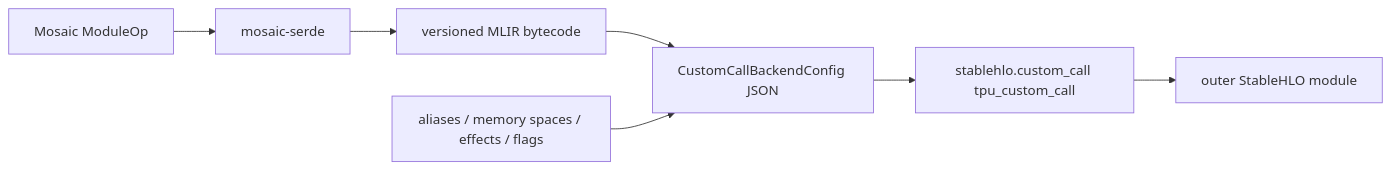
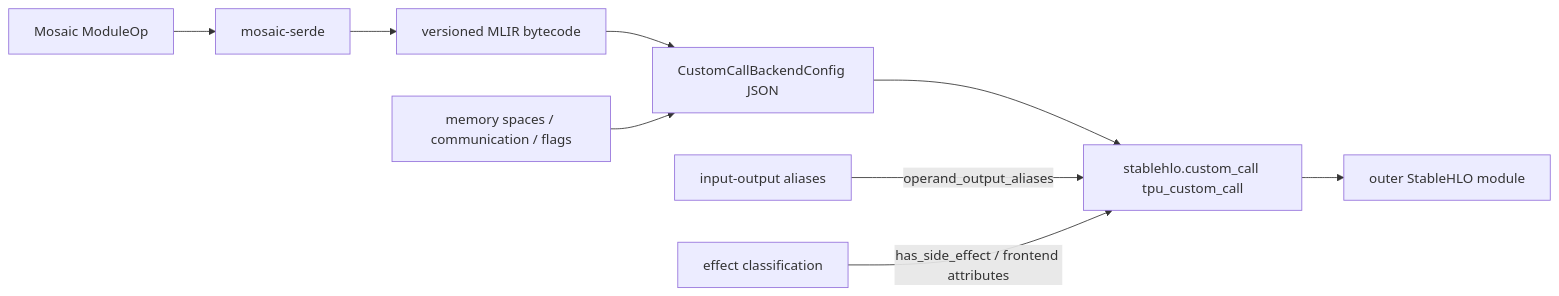
Before and after one commit to 0xaskr/jax-source-analysis: the second of 2 diagrams in docs/architecture/02-pallas-mosaic-tpu-path.md, drawn with Mermaid. The commit also changed other lines of this file and 40 other files, not shown here.

````diff
--- a/docs/architecture/02-pallas-mosaic-tpu-path.md
+++ b/docs/architecture/02-pallas-mosaic-tpu-path.md
@@ -151,9 +158,11 @@
 ```mermaid
 flowchart LR
   MOD["Mosaic ModuleOp"] --> SERDE["mosaic-serde"]
   SERDE --> BYTE["versioned MLIR bytecode"]
   BYTE --> JSON["CustomCallBackendConfig JSON"]
-  ARGS["aliases / memory spaces / effects / flags"] --> JSON
+  CONFIG["memory spaces / communication / flags"] --> JSON
   JSON --> CALL["stablehlo.custom_call tpu_custom_call"]
+  ALIAS["input-output aliases"] -->|"operand_output_aliases"| CALL
+  EFFECT["effect classification"] -->|"has_side_effect / frontend attributes"| CALL
   CALL --> OUTER["outer StableHLO module"]
 ```
````
